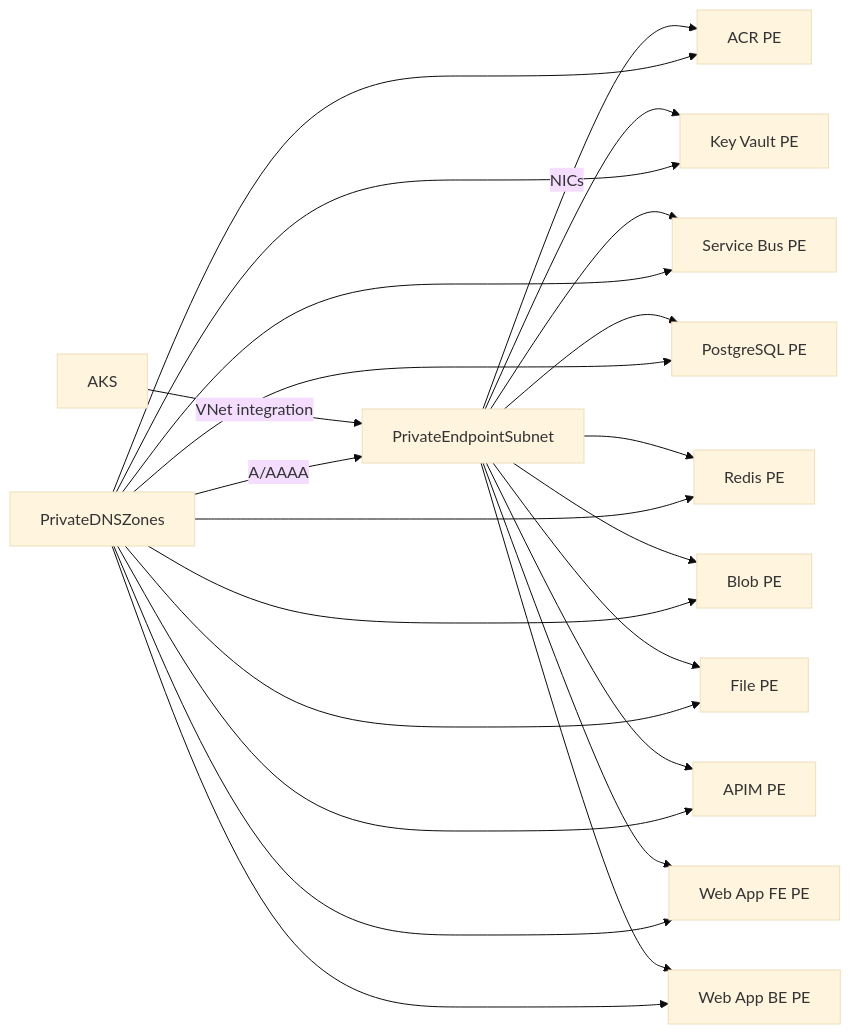
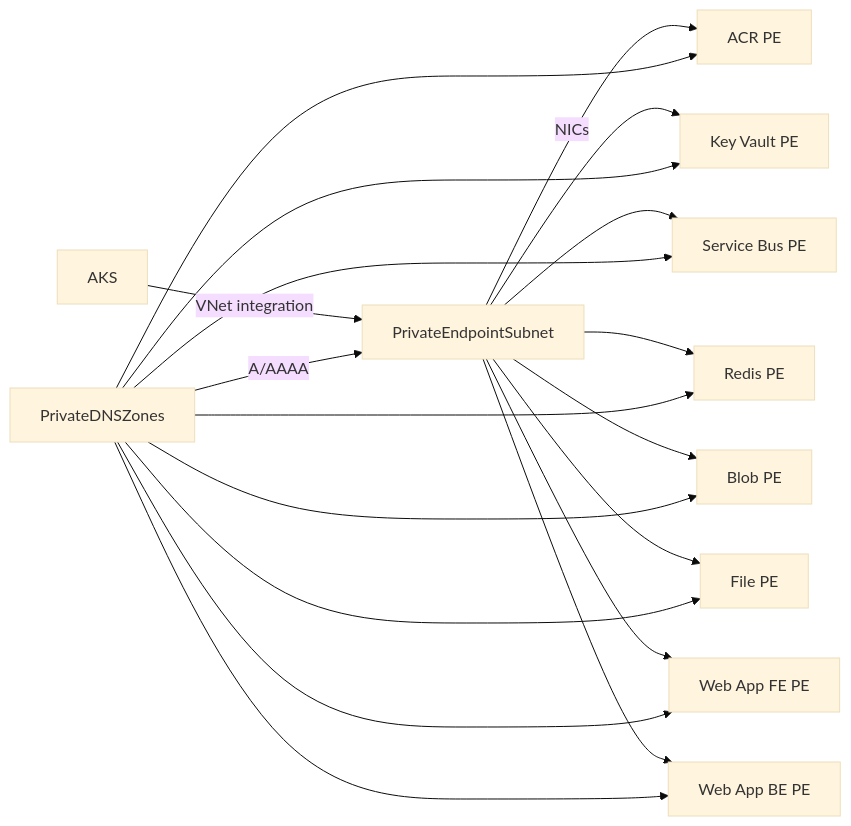
The second of 2 diagrams in landing-zones/app-aks/readme.md (scottdeland/Azure-Landing-Zone-Automation), drawn with Mermaid (base theme) before and after one commit. The commit also changed other lines of this file, not shown here.

````diff
--- a/landing-zones/app-aks/readme.md
+++ b/landing-zones/app-aks/readme.md
@@ -58,25 +57,21 @@
 ```mermaid
 flowchart LR
   PrivateEndpointSubnet -->|NICs| ACR[ACR PE]
   PrivateEndpointSubnet --> KV[Key Vault PE]
   PrivateEndpointSubnet --> SB[Service Bus PE]
-  PrivateEndpointSubnet --> PostgreSQL[PostgreSQL PE]
   PrivateEndpointSubnet --> REDIS[Redis PE]
   PrivateEndpointSubnet --> StorageBlob[Blob PE]
   PrivateEndpointSubnet --> StorageNFS[File PE]
-  PrivateEndpointSubnet --> APIM[APIM PE]
   PrivateEndpointSubnet --> WebFE[Web App FE PE]
   PrivateEndpointSubnet --> WebBE[Web App BE PE]
   PrivateDNSZones --> ACR
   PrivateDNSZones --> KV
   PrivateDNSZones --> SB
-  PrivateDNSZones --> PostgreSQL
   PrivateDNSZones --> REDIS
   PrivateDNSZones --> StorageBlob
   PrivateDNSZones --> StorageNFS
-  PrivateDNSZones --> APIM
   PrivateDNSZones --> WebFE
   PrivateDNSZones --> WebBE
   AKS -->|VNet integration| PrivateEndpointSubnet
   PrivateDNSZones -->|A/AAAA| PrivateEndpointSubnet
 ```
````
